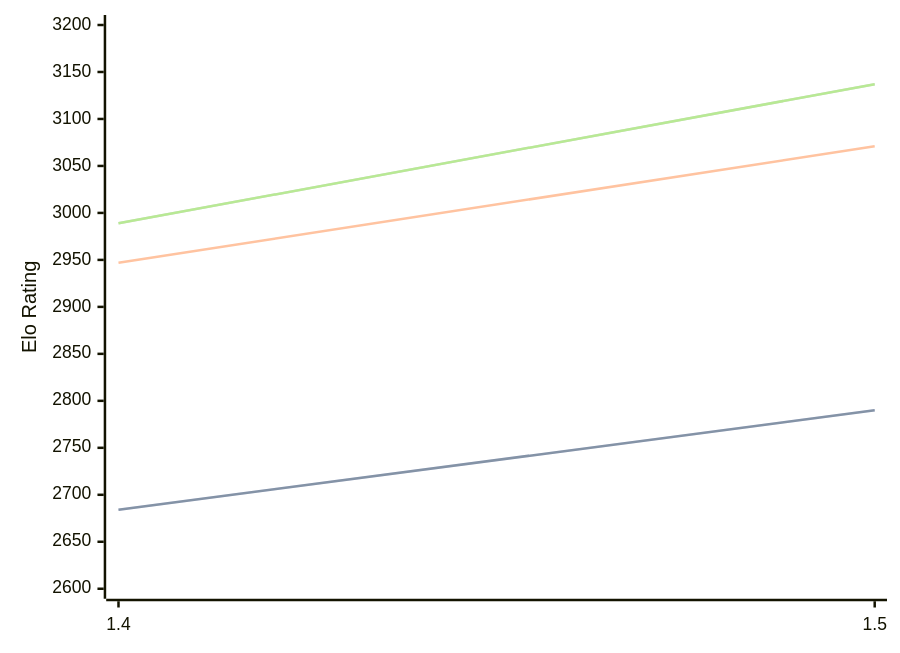
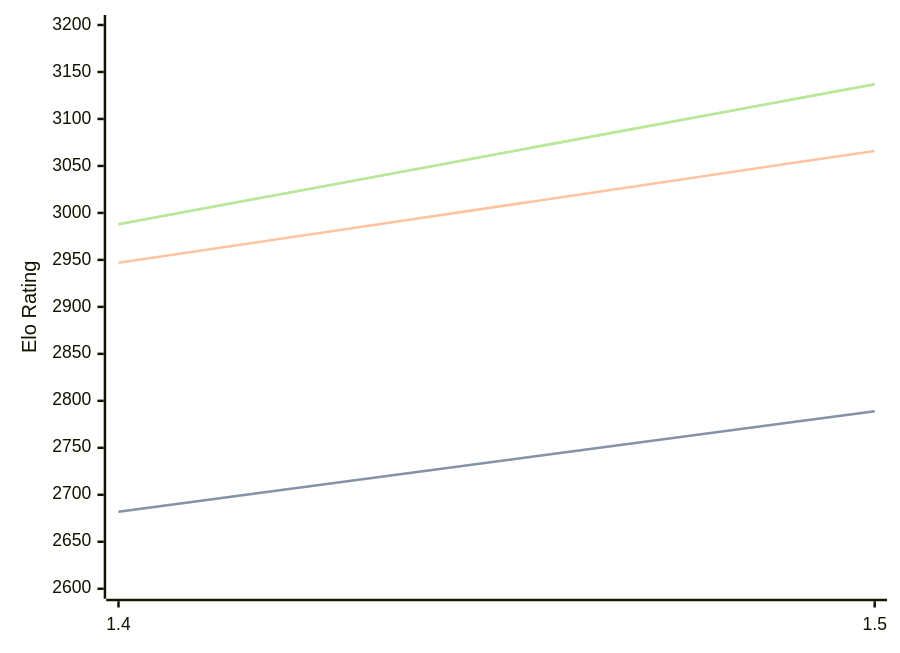
The diagram in engines/Yakka.md (computer-chess-index/cci), drawn with Mermaid before and after one commit. The commit also changed other lines of this file, not shown here.

Commit message:
Update CCI Ratings (ELO VLTC) - 2026-03-30

````diff
--- a/engines/Yakka.md
+++ b/engines/Yakka.md
@@ -36,11 +36,11 @@
 ```mermaid
 %%{init: {"theme":"base","themeVariables":{"seriesColors:['#a3a3a3','#222221','#faa371']}}}%%
 xychart-beta
   x-axis ["1.4", "1.5"]
   y-axis "Elo Rating" 2600 --> 3200
-  line "STC (8.0+0.08s)" [2684, 2790]
-  line "STC (8.0+0.08s)" [2684, 2790]
-  line "LTC (60.0+0.60s)" [2947, 3071]
-  line "VLTC (2m24s+1.12s)" [2989, 3137]
-  line "VLTC (2m24s+1.12s)" [2989, 3137]
+  line "STC (8.0+0.08s)" [2682, 2789]
+  line "STC (8.0+0.08s)" [2682, 2789]
+  line "LTC (60.0+0.60s)" [2947, 3066]
+  line "VLTC (2m24s+1.12s)" [2988, 3137]
+  line "VLTC (2m24s+1.12s)" [2988, 3137]
 ```
````
